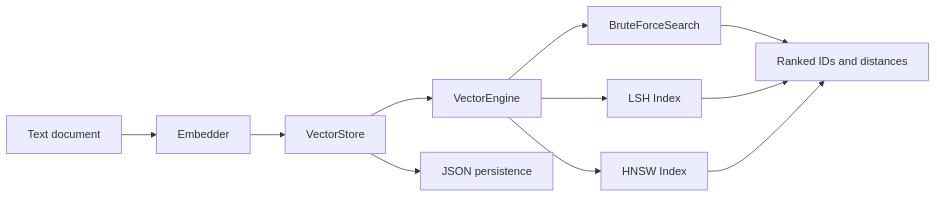
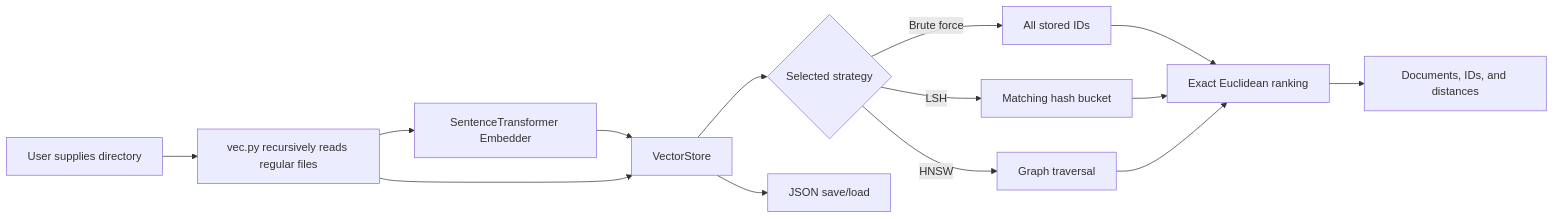
The diagram in README.md (st4ckrift/Vecna), drawn with Mermaid before and after one commit. The commit also changed other lines of this file, not shown here.

Commit message:
Document Vecna usage and benchmarks

````diff
--- a/README.md
+++ b/README.md
@@ -27,13 +40,16 @@
 ```mermaid
 flowchart LR
-    A[Text document] --> B[Embedder]
-    B --> C[VectorStore]
-    C --> D[VectorEngine]
-    D --> E[BruteForceSearch]
-    D --> F[LSH Index]
-    D --> G[HNSW Index]
-    E --> H[Ranked IDs and distances]
-    F --> H
-    G --> H
-    C --> I[JSON persistence]
+    A[User supplies directory] --> B[vec.py recursively reads regular files]
+    B --> C[SentenceTransformer Embedder]
+    C --> D[VectorStore]
+    B --> D
+    D --> E{Selected strategy}
+    E -->|Brute force| F[All stored IDs]
+    E -->|LSH| G[Matching hash bucket]
+    E -->|HNSW| H[Graph traversal]
+    F --> I[Exact Euclidean ranking]
+    G --> I
+    H --> I
+    I --> J[Documents, IDs, and distances]
+    D --> K[JSON save/load]
 ```
````
